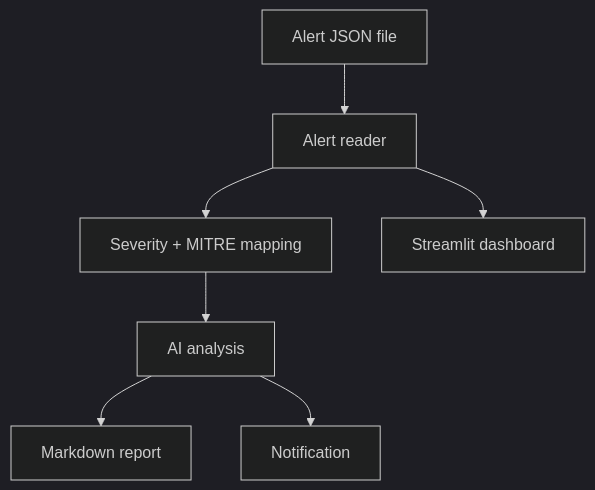
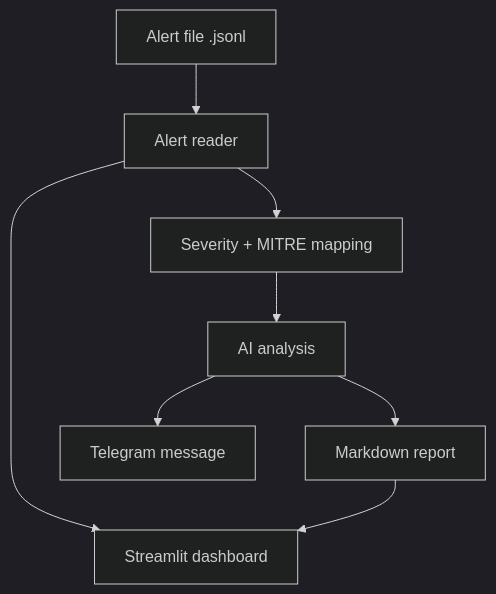
One commit to jinu-18080506/ai-soc-assistant changed the diagram in README.md. Above: the diagram before and after it, drawn with Mermaid (dark theme). The commit also changed other lines of this file and 20 other files, not shown here.

````diff
--- a/README.md
+++ b/README.md
@@ -29,9 +29,10 @@
 ```mermaid
 flowchart TD
-    A[Alert JSON file] --> B[Alert reader]
+    A[Alert file .jsonl] --> B[Alert reader]
     B --> C[Severity + MITRE mapping]
     C --> D[AI analysis]
     D --> E[Markdown report]
-    D --> F[Notification]
+    D --> F[Telegram message]
     B --> G[Streamlit dashboard]
+    E --> G
 ```
````
